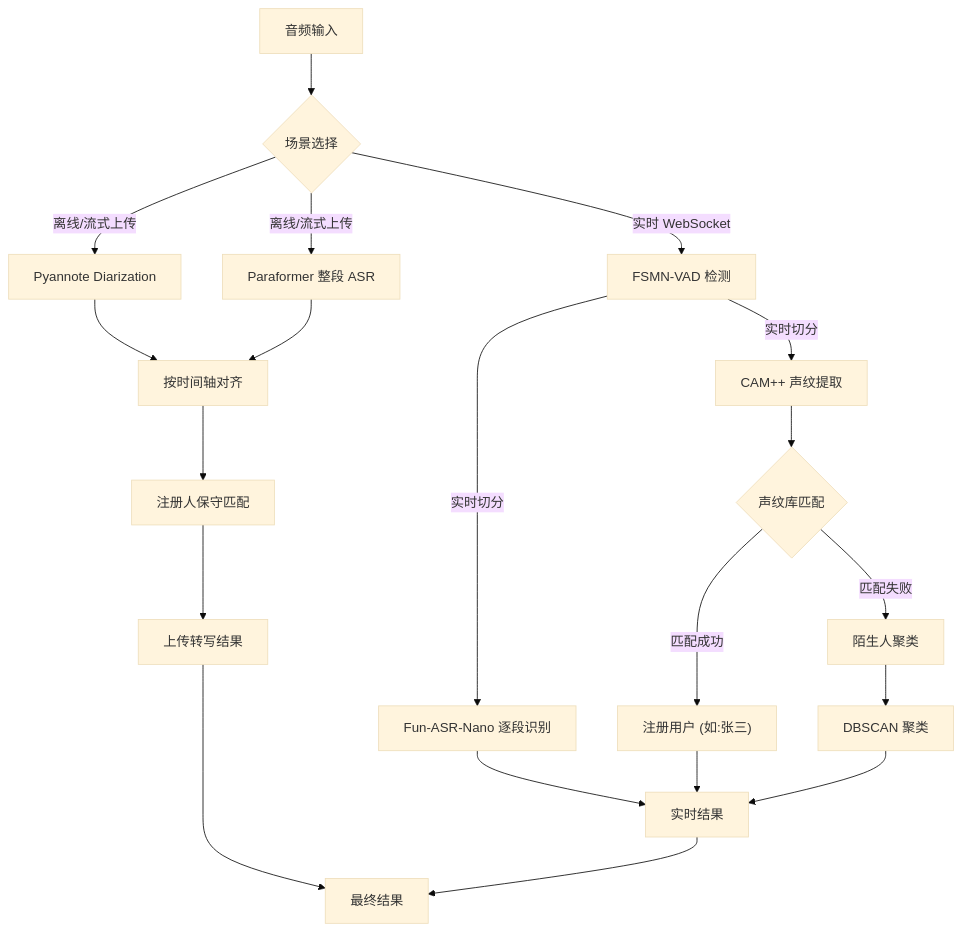
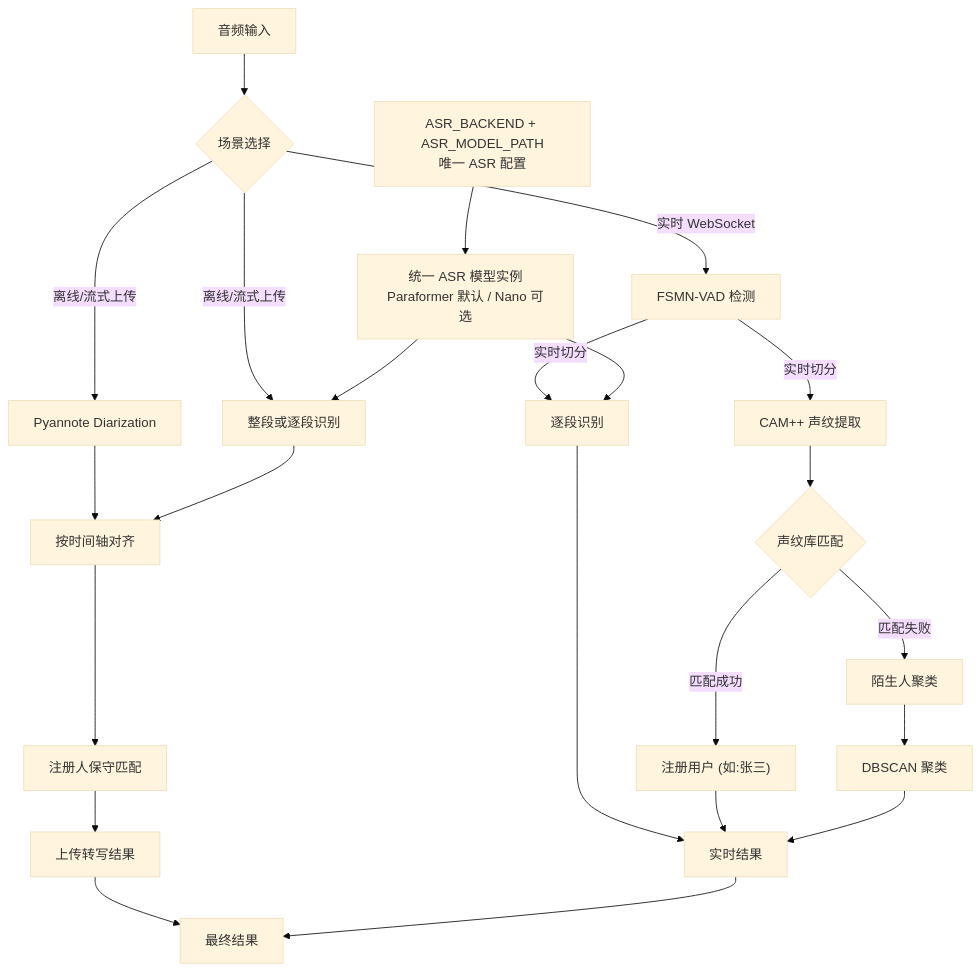
The diagram in README.md (yahuo/VoiceprintRecognition), drawn with Mermaid (base theme) before and after one commit. The commit also changed other lines of this file and 10 other files, not shown here.

````diff
--- a/README.md
+++ b/README.md
@@ -128,26 +128,29 @@
 ```mermaid
 graph TD
+    Config["ASR_BACKEND + ASR_MODEL_PATH<br/>唯一 ASR 配置"] --> ASR["统一 ASR 模型实例<br/>Paraformer 默认 / Nano 可选"]
     Input[音频输入] --> Mode{场景选择}
 
     %% 离线 / 上传路径
     Mode -->|离线/流式上传| P1[Pyannote Diarization]
-    Mode -->|离线/流式上传| P2[Paraformer 整段 ASR]
+    Mode -->|离线/流式上传| P2[整段或逐段识别]
+    ASR --> P2
     P1 --> Align[按时间轴对齐]
     P2 --> Align
     Align --> UploadSV[注册人保守匹配]
     UploadSV --> UploadOut[上传转写结果]
 
     %% 实时路径
     Mode -->|实时 WebSocket| V1[FSMN-VAD 检测]
-    V1 -->|实时切分| R1[Fun-ASR-Nano 逐段识别]
+    V1 -->|实时切分| R1[逐段识别]
+    ASR --> R1
     V1 -->|实时切分| R2[CAM++ 声纹提取]
     R2 --> Match{声纹库匹配}
     Match -->|匹配成功| User["注册用户 (如:张三)"]
     Match -->|匹配失败| Stranger["陌生人聚类"]
     Stranger --> DBCluster["DBSCAN 聚类"]
     R1 --> Output[实时结果]
     User --> Output
     DBCluster --> Output
     UploadOut --> Final[最终结果]
     Output --> Final
 ```
````
